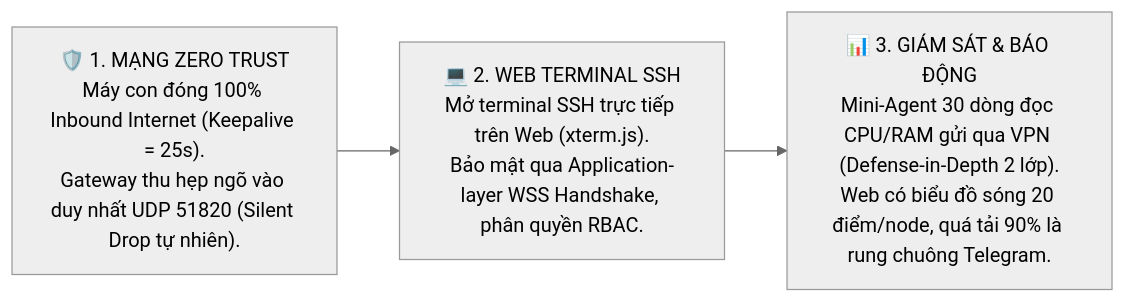
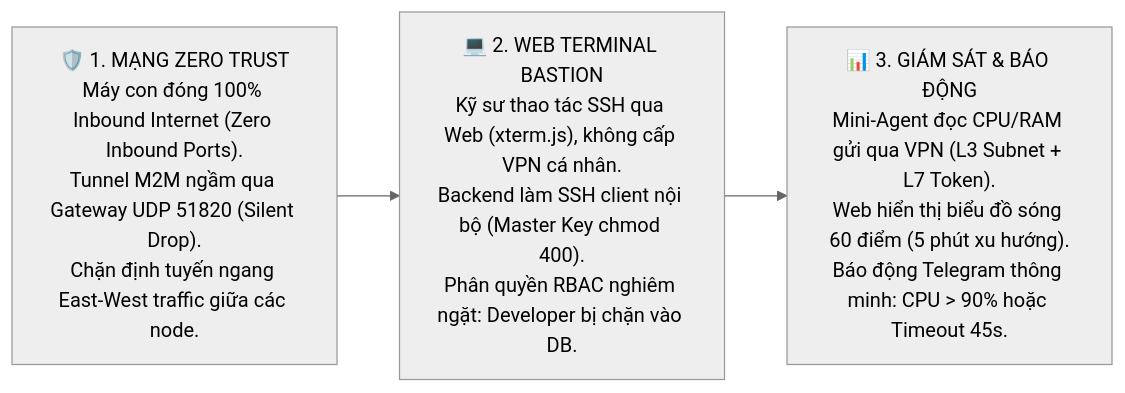
One commit to mowfteedev/trust-me-bro changed the diagram in tongquan.md. Above: the diagram before and after it, drawn with Mermaid (neutral theme). The commit also changed other lines of this file and 2 other files, not shown here.

Commit message:
sua: loi logic con sot trong tai lieu

````diff
--- a/tongquan.md
+++ b/tongquan.md
@@ -32,6 +33,6 @@
 ```mermaid
 flowchart LR
-    A["🛡️ 1. MẠNG ZERO TRUST\nMáy con đóng 100% Inbound Internet (Keepalive = 25s).\nGateway thu hẹp ngõ vào duy nhất UDP 51820 (Silent Drop tự nhiên)."] 
-    --> B["💻 2. WEB TERMINAL SSH\nMở terminal SSH trực tiếp trên Web (xterm.js).\nBảo mật qua Application-layer WSS Handshake, phân quyền RBAC."]
-    --> C["📊 3. GIÁM SÁT & BÁO ĐỘNG\nMini-Agent 30 dòng đọc CPU/RAM gửi qua VPN (Defense-in-Depth 2 lớp).\nWeb có biểu đồ sóng 20 điểm/node, quá tải 90% là rung chuông Telegram."]
+    A["🛡️ 1. MẠNG ZERO TRUST\nMáy con đóng 100% Inbound Internet (Zero Inbound Ports).\nTunnel M2M ngầm qua Gateway UDP 51820 (Silent Drop).\nChặn định tuyến ngang East-West traffic giữa các node."] 
+    --> B["💻 2. WEB TERMINAL BASTION\nKỹ sư thao tác SSH qua Web (xterm.js), không cấp VPN cá nhân.\nBackend làm SSH client nội bộ (Master Key chmod 400).\nPhân quyền RBAC nghiêm ngặt: Developer bị chặn vào DB."]
+    --> C["📊 3. GIÁM SÁT & BÁO ĐỘNG\nMini-Agent đọc CPU/RAM gửi qua VPN (L3 Subnet + L7 Token).\nWeb hiển thị biểu đồ sóng 60 điểm (5 phút xu hướng).\nBáo động Telegram thông minh: CPU > 90% hoặc Timeout 45s."]
 ```
````
